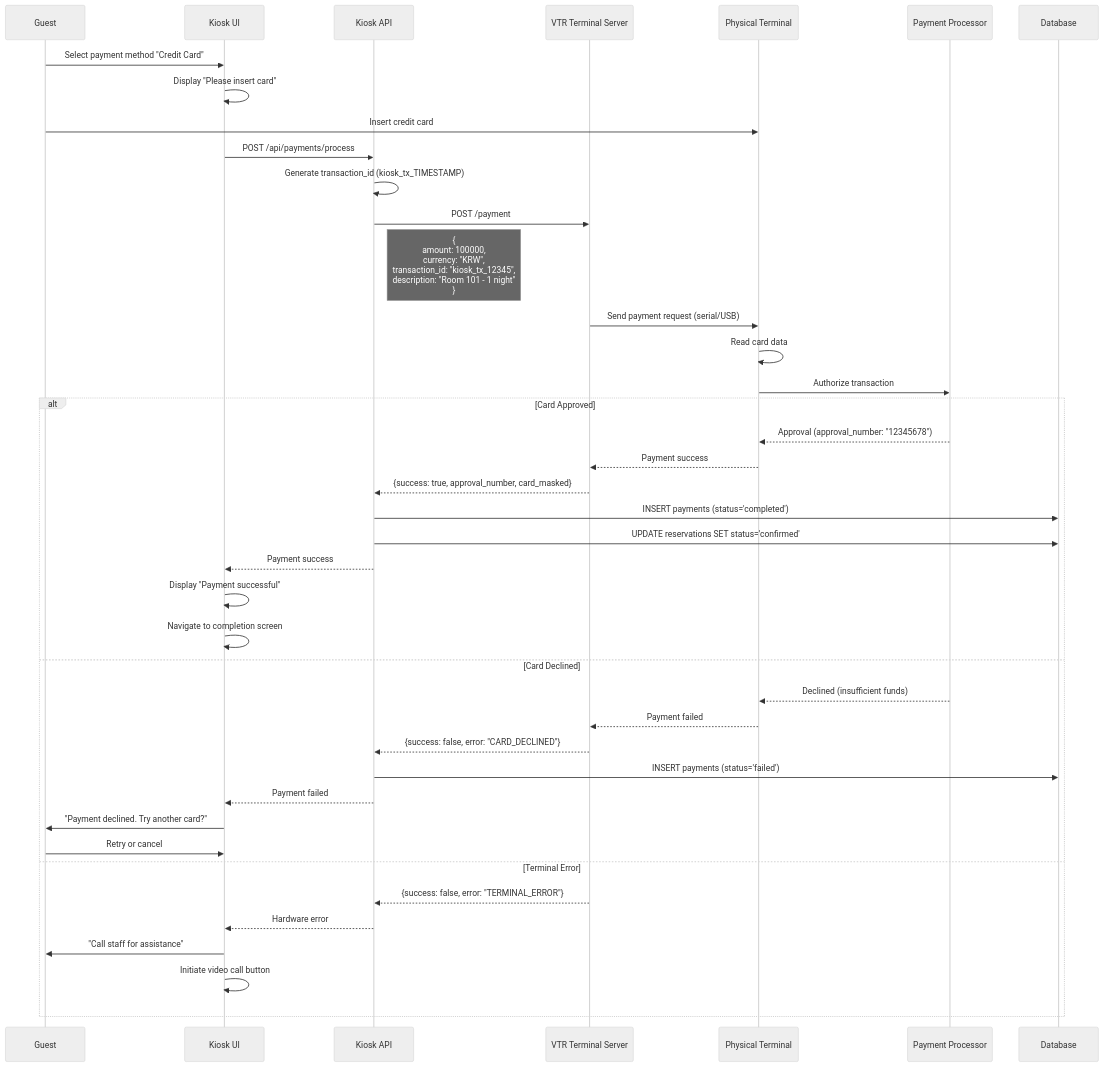
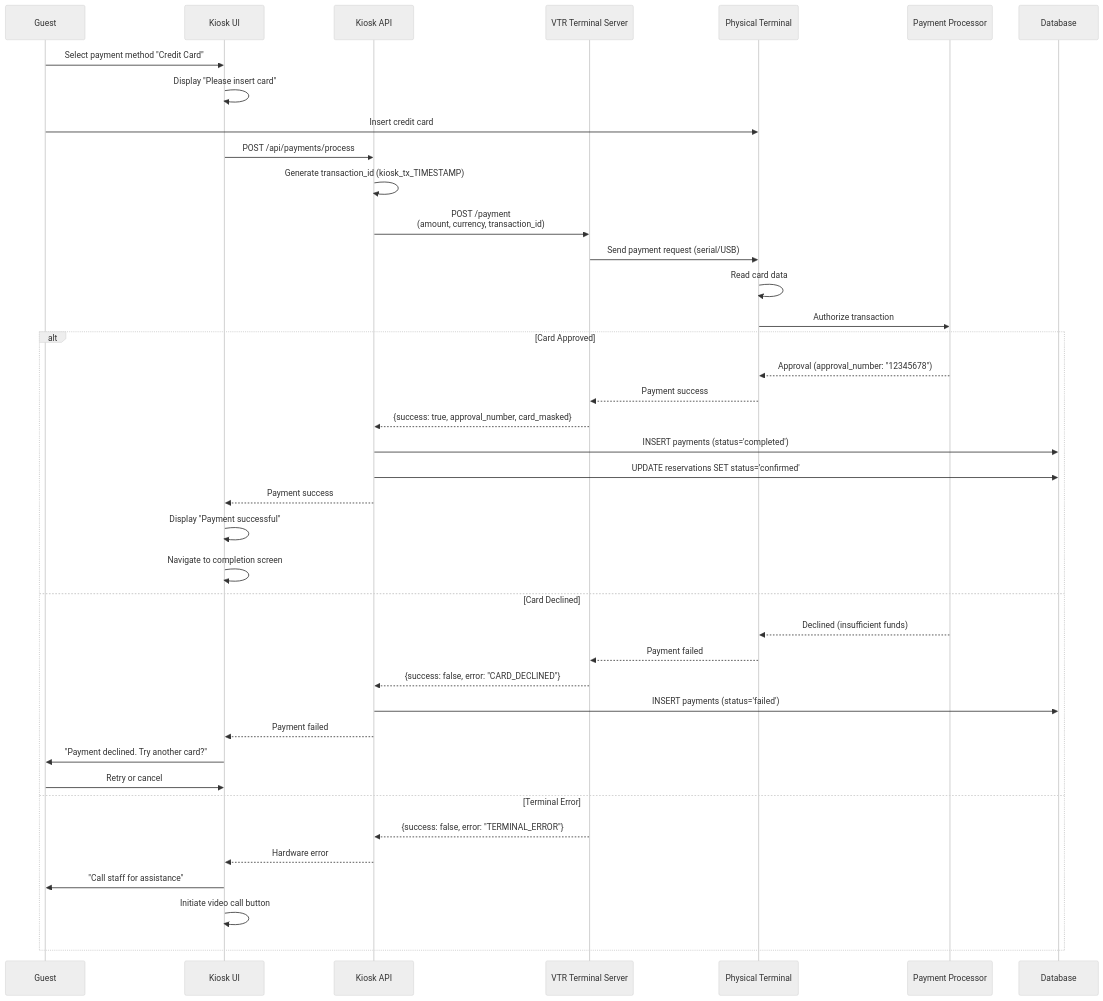
One commit to jeongk31/hio-checkin-kiosk changed the fourth of 9 diagrams in docs/07-flows.md. Above: the diagram before and after it, drawn with Mermaid (neutral theme). The commit also changed other lines of this file, not shown here.

````diff
--- a/docs/07-flows.md
+++ b/docs/07-flows.md
@@ -294,53 +294,52 @@
 ```mermaid
 sequenceDiagram
     participant Guest
     participant Kiosk as Kiosk UI
     participant API as Kiosk API
     participant VTR as VTR Terminal Server
     participant Terminal as Physical Terminal
     participant Processor as Payment Processor
     participant DB as Database
 
     Guest->>Kiosk: Select payment method "Credit Card"
     Kiosk->>Kiosk: Display "Please insert card"
     Guest->>Terminal: Insert credit card
 
     Kiosk->>API: POST /api/payments/process
     API->>API: Generate transaction_id (kiosk_tx_TIMESTAMP)
-    API->>VTR: POST /payment
-    Note right of API: {<br/>  amount: 100000,<br/>  currency: "KRW",<br/>  transaction_id: "kiosk_tx_12345",<br/>  description: "Room 101 - 1 night"<br/>}
+    API->>VTR: POST /payment<br/>(amount, currency, transaction_id)
 
     VTR->>Terminal: Send payment request (serial/USB)
     Terminal->>Terminal: Read card data
     Terminal->>Processor: Authorize transaction
 
     alt Card Approved
         Processor-->>Terminal: Approval (approval_number: "12345678")
         Terminal-->>VTR: Payment success
         VTR-->>API: {success: true, approval_number, card_masked}
 
         API->>DB: INSERT payments (status='completed')
         API->>DB: UPDATE reservations SET status='confirmed'
         API-->>Kiosk: Payment success
 
         Kiosk->>Kiosk: Display "Payment successful"
         Kiosk->>Kiosk: Navigate to completion screen
 
     else Card Declined
         Processor-->>Terminal: Declined (insufficient funds)
         Terminal-->>VTR: Payment failed
         VTR-->>API: {success: false, error: "CARD_DECLINED"}
 
         API->>DB: INSERT payments (status='failed')
         API-->>Kiosk: Payment failed
 
         Kiosk->>Guest: "Payment declined. Try another card?"
         Guest->>Kiosk: Retry or cancel
 
     else Terminal Error
         VTR-->>API: {success: false, error: "TERMINAL_ERROR"}
         API-->>Kiosk: Hardware error
         Kiosk->>Guest: "Call staff for assistance"
         Kiosk->>Kiosk: Initiate video call button
     end
 ```
````
